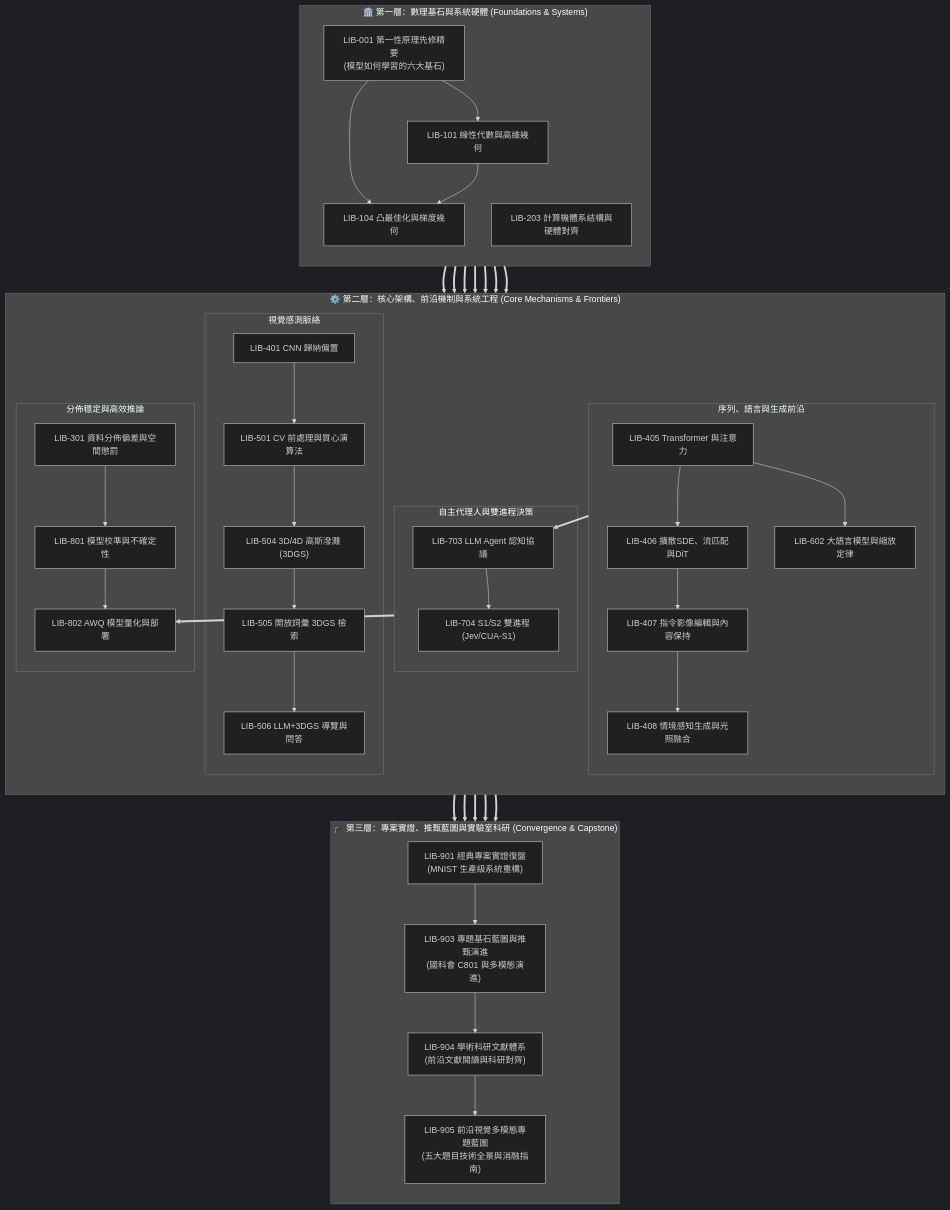
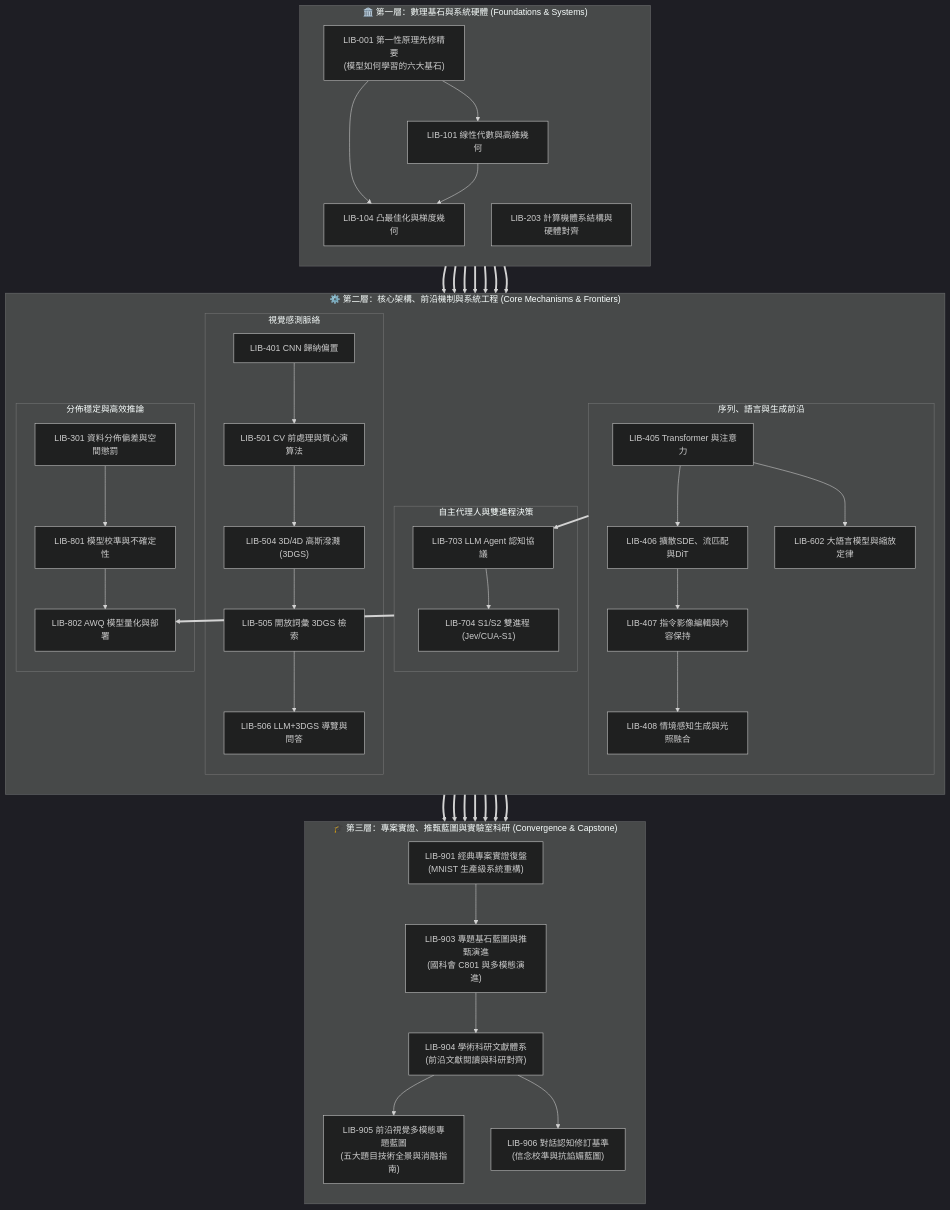
One commit to OPluke11-abula/library changed the diagram in 00_總覽與拓樸導覽/LIB-000 圖書館總覽與拓樸導覽系統 (Grand Library Index & Navigator).md. Above: the diagram before and after it, drawn with Mermaid (dark theme). The commit also changed other lines of this file and 14 other files, not shown here.

````diff
--- a/00_總覽與拓樸導覽/LIB-000 圖書館總覽與拓樸導覽系統 (Grand Library Index & Navigator).md
+++ b/00_總覽與拓樸導覽/LIB-000 圖書館總覽與拓樸導覽系統 (Grand Library Index & Navigator).md
@@ -153,10 +153,12 @@
         LIB903["LIB-903 專題基石藍圖與推甄演進<br/>(國科會 C801 與多模態演進)"]
         LIB904["LIB-904 學術科研文獻體系<br/>(前沿文獻閱讀與科研對齊)"]
         LIB905["LIB-905 前沿視覺多模態專題藍圖<br/>(五大題目技術全景與消融指南)"]
+        LIB906["LIB-906 對話認知修訂基準<br/>(信念校準與抗諂媚藍圖)"]
 
         LIB901 --> LIB903
         LIB903 --> LIB904
         LIB904 --> LIB905
+        LIB904 --> LIB906
     end
 
     %% 主幹跨層依賴鏈接 (Primary Cross-Tier Dependencies)
@@ -172,7 +174,9 @@
     VisualAxis ==> LIB905
     SequenceAxis ==> LIB703
     SequenceAxis ==> LIB905
+    SequenceAxis ==> LIB906
     AgentAxis ==> LIB802
     SystemAxis ==> LIB901
     SystemAxis ==> LIB903
+    SystemAxis ==> LIB906
 ```
````
